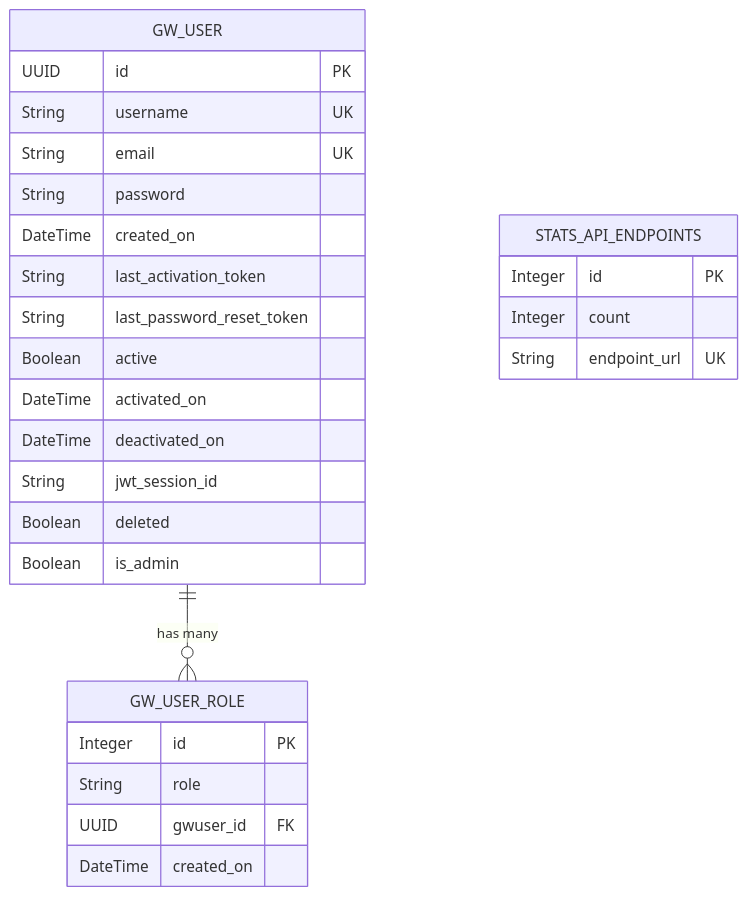
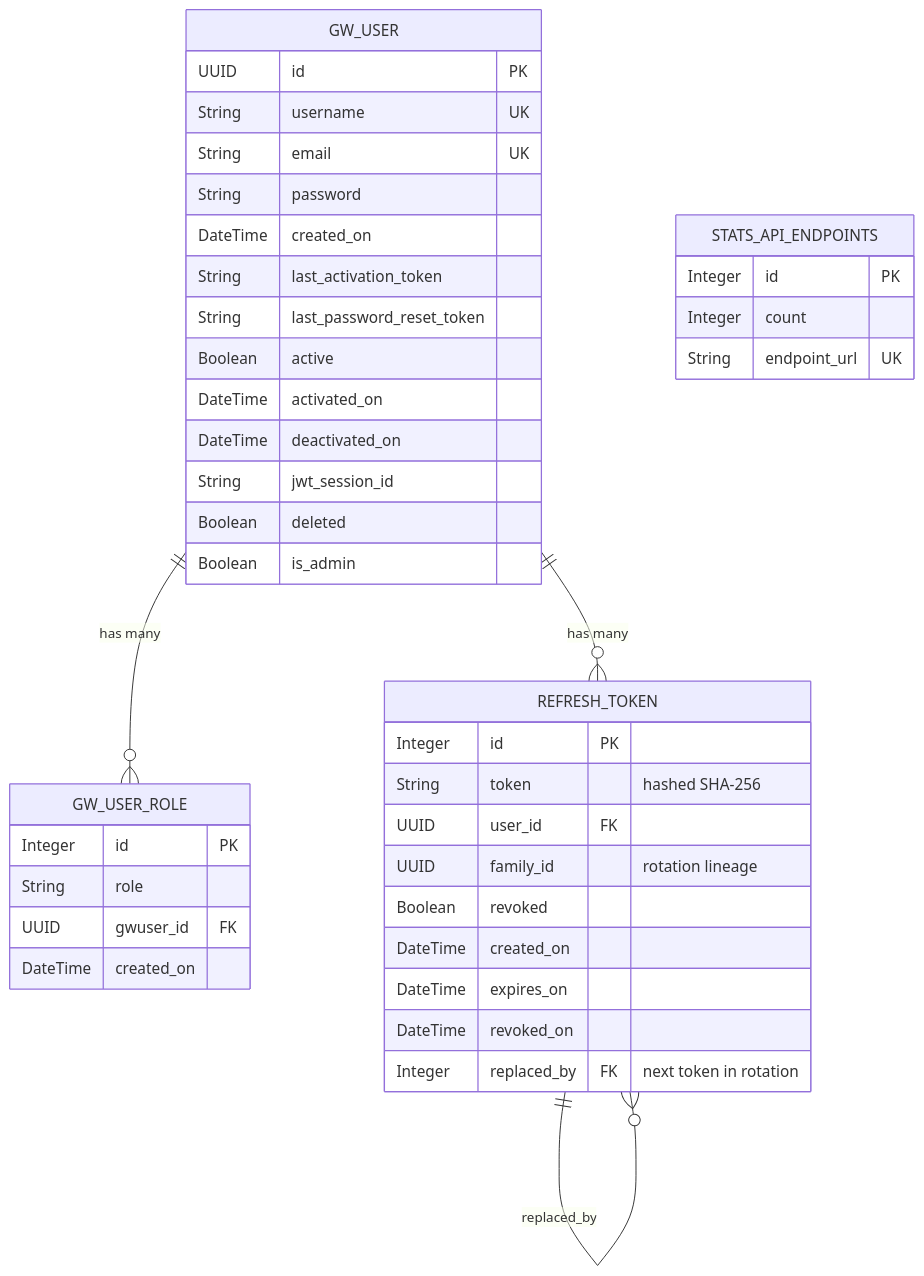
One commit to mentally-gamez-soft/IAM-gateway changed diagram 14 of 17 in DOCUMENTATION/PROJECT.md. Above: the diagram before and after it, drawn with Mermaid. The commit also changed other lines of this file and 1 other file, not shown here.

First line of the commit message:
docs: Update PROJECT.md and README.md for US-003 JWT refresh token

````diff
--- a/DOCUMENTATION/PROJECT.md
+++ b/DOCUMENTATION/PROJECT.md
@@ -508,33 +568,47 @@
 ```mermaid
 erDiagram
     GW_USER {
         UUID id PK
         String username UK
         String email UK
         String password
         DateTime created_on
         String last_activation_token
         String last_password_reset_token
         Boolean active
         DateTime activated_on
         DateTime deactivated_on
         String jwt_session_id
         Boolean deleted
         Boolean is_admin
     }
 
     GW_USER_ROLE {
         Integer id PK
         String role
         UUID gwuser_id FK
         DateTime created_on
     }
 
+    REFRESH_TOKEN {
+        Integer id PK
+        String token "hashed SHA-256"
+        UUID user_id FK
+        UUID family_id "rotation lineage"
+        Boolean revoked
+        DateTime created_on
+        DateTime expires_on
+        DateTime revoked_on
+        Integer replaced_by FK "next token in rotation"
+    }
+
     STATS_API_ENDPOINTS {
         Integer id PK
         Integer count
         String endpoint_url UK
     }
 
     GW_USER ||--o{ GW_USER_ROLE : "has many"
+    GW_USER ||--o{ REFRESH_TOKEN : "has many"
+    REFRESH_TOKEN ||--o{ REFRESH_TOKEN : "replaced_by"
 ```
````
